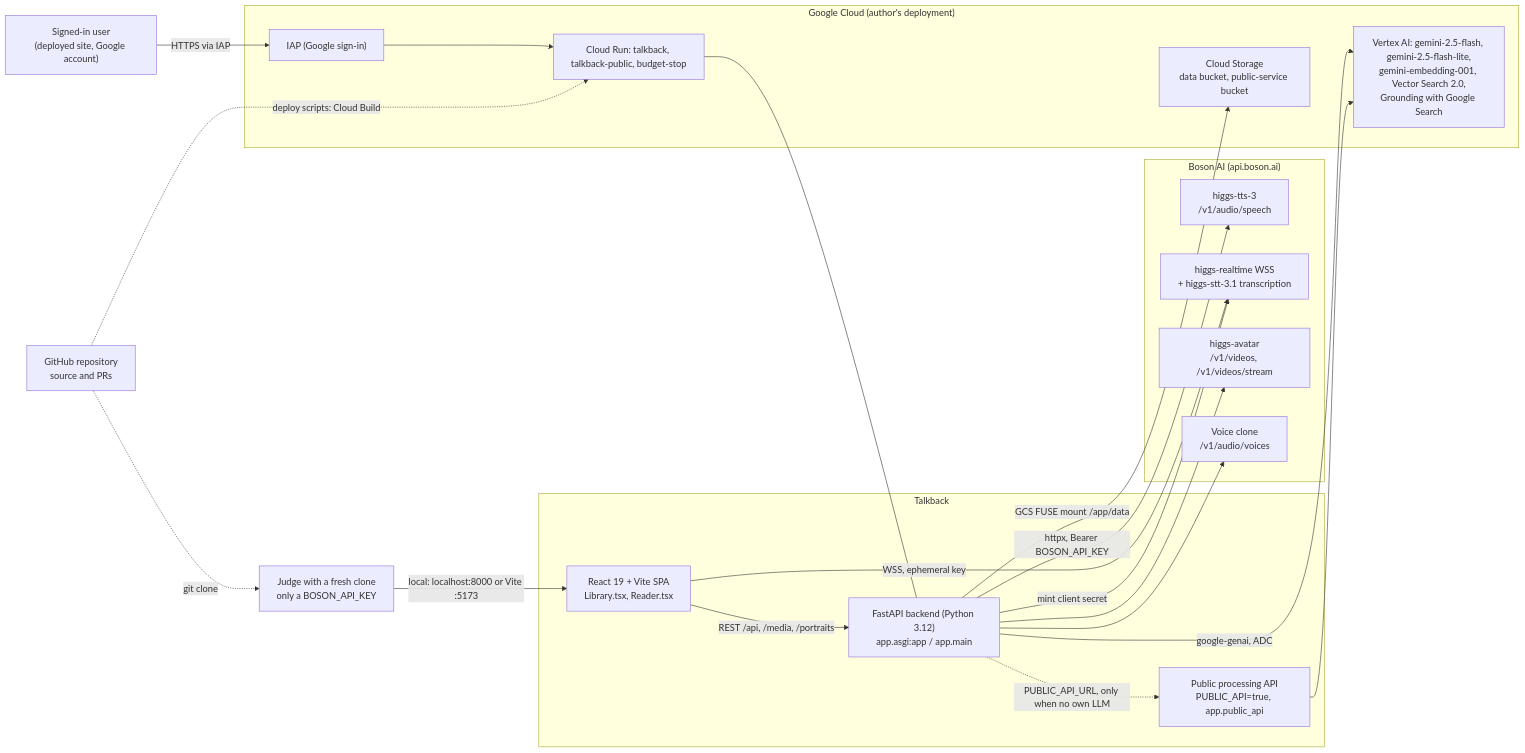
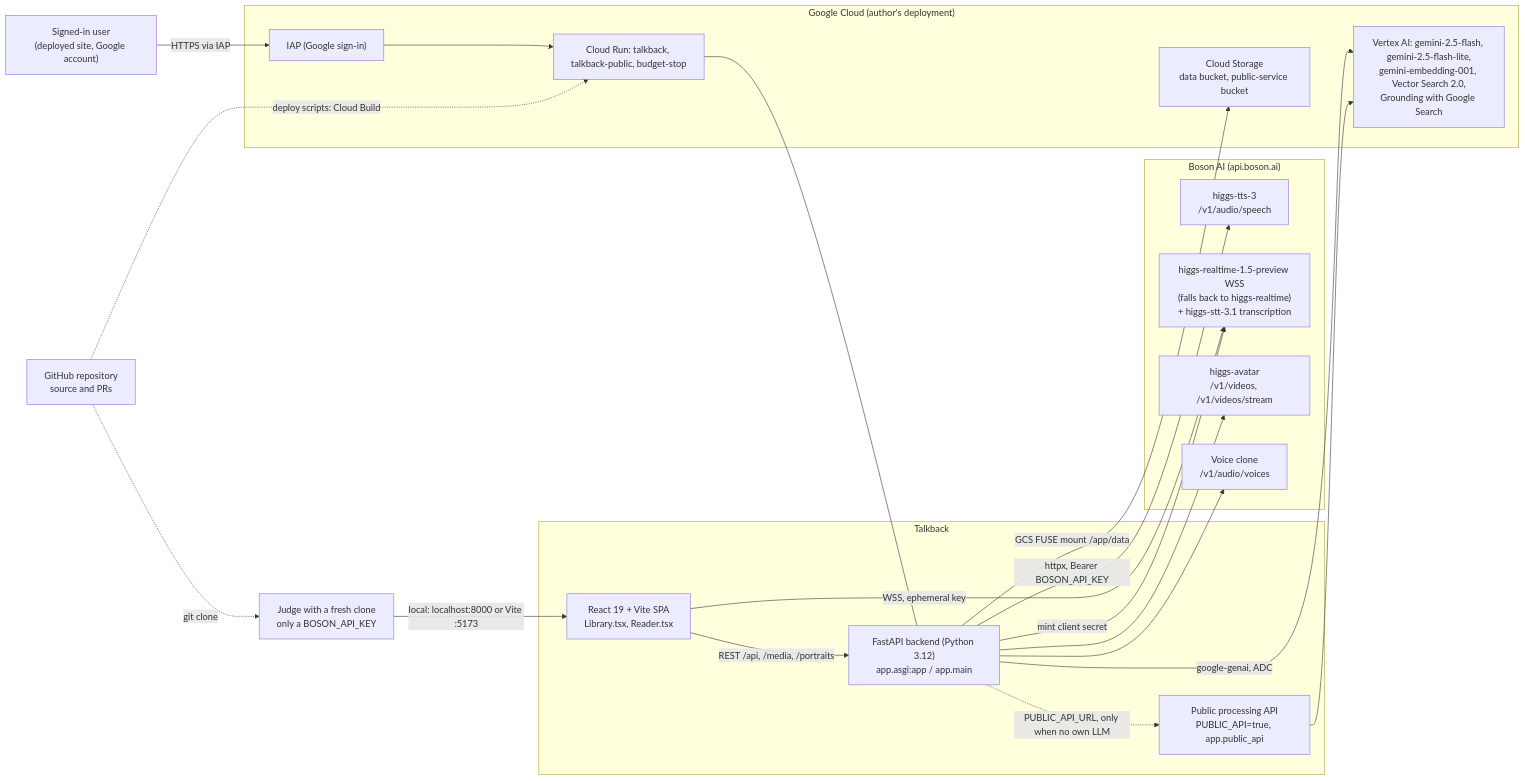
Before and after one commit to fredwang1012/talkback: the first of 14 diagrams in docs/ARCHITECTURE.md, drawn with Mermaid. The commit also changed other lines of this file and 14 other files, not shown here.

Commit message:
Realtime 1.5 preview by default with automatic fallback; configurable lip-sync size and per-size pricing

````diff
--- a/docs/ARCHITECTURE.md
+++ b/docs/ARCHITECTURE.md
@@ -38,42 +38,42 @@
 ```mermaid
 flowchart LR
   R["Signed-in user<br/>(deployed site, Google account)"]
   J["Judge with a fresh clone<br/>only a BOSON_API_KEY"]
   GH["GitHub repository<br/>source and PRs"]
 
   subgraph TB["Talkback"]
     FE["React 19 + Vite SPA<br/>Library.tsx, Reader.tsx"]
     BE["FastAPI backend (Python 3.12)<br/>app.asgi:app / app.main"]
     PUB["Public processing API<br/>PUBLIC_API=true, app.public_api"]
   end
 
   subgraph BOSON["Boson AI (api.boson.ai)"]
     TTS["higgs-tts-3<br/>/v1/audio/speech"]
-    RT["higgs-realtime WSS<br/>+ higgs-stt-3.1 transcription"]
+    RT["higgs-realtime-1.5-preview WSS<br/>(falls back to higgs-realtime)<br/>+ higgs-stt-3.1 transcription"]
     AV["higgs-avatar<br/>/v1/videos, /v1/videos/stream"]
     VC["Voice clone<br/>/v1/audio/voices"]
   end
 
   subgraph GCP["Google Cloud (author's deployment)"]
     IAP["IAP (Google sign-in)"]
     RUN["Cloud Run: talkback, talkback-public, budget-stop"]
     VX["Vertex AI: gemini-2.5-flash, gemini-2.5-flash-lite,<br/>gemini-embedding-001, Vector Search 2.0,<br/>Grounding with Google Search"]
     GCS["Cloud Storage<br/>data bucket, public-service bucket"]
   end
 
   R -->|"HTTPS via IAP"| IAP --> RUN
   RUN --- BE
   J -->|"local: localhost:8000 or Vite :5173"| FE
   FE -->|"REST /api, /media, /portraits"| BE
   FE -->|"WSS, ephemeral key"| RT
   BE -->|"httpx, Bearer BOSON_API_KEY"| TTS
   BE --> AV
   BE --> VC
   BE -->|"mint client secret"| RT
   BE -->|"google-genai, ADC"| VX
   BE -->|"GCS FUSE mount /app/data"| GCS
   BE -.->|"PUBLIC_API_URL, only when no own LLM"| PUB
   PUB --> VX
   GH -.->|"git clone"| J
   GH -.->|"deploy scripts: Cloud Build"| RUN
 ```
````
